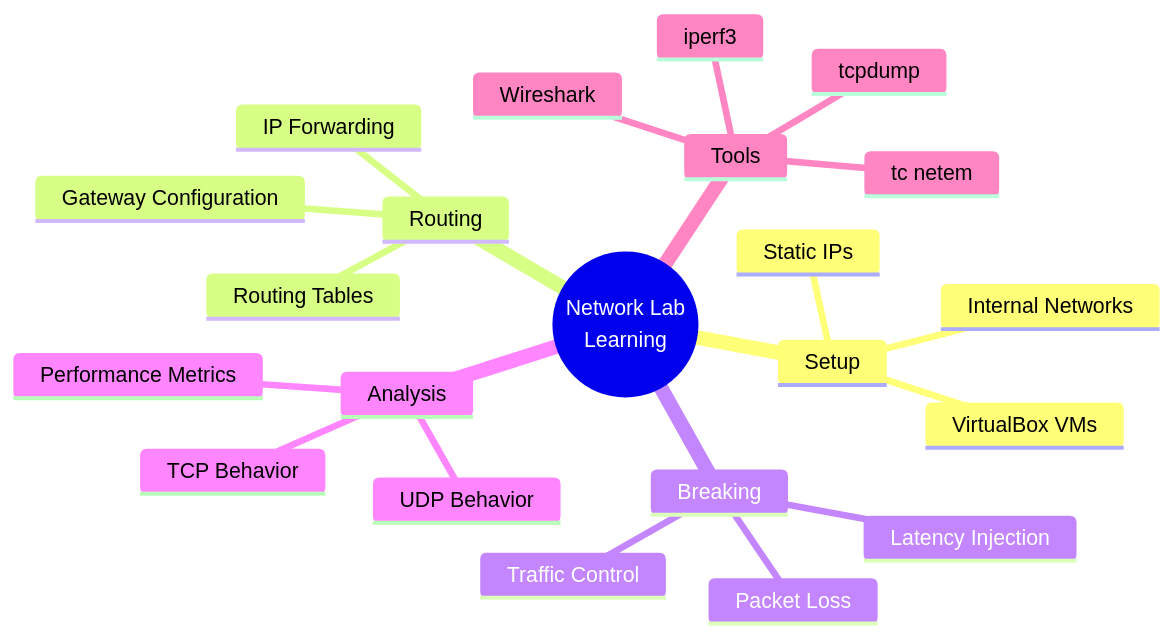
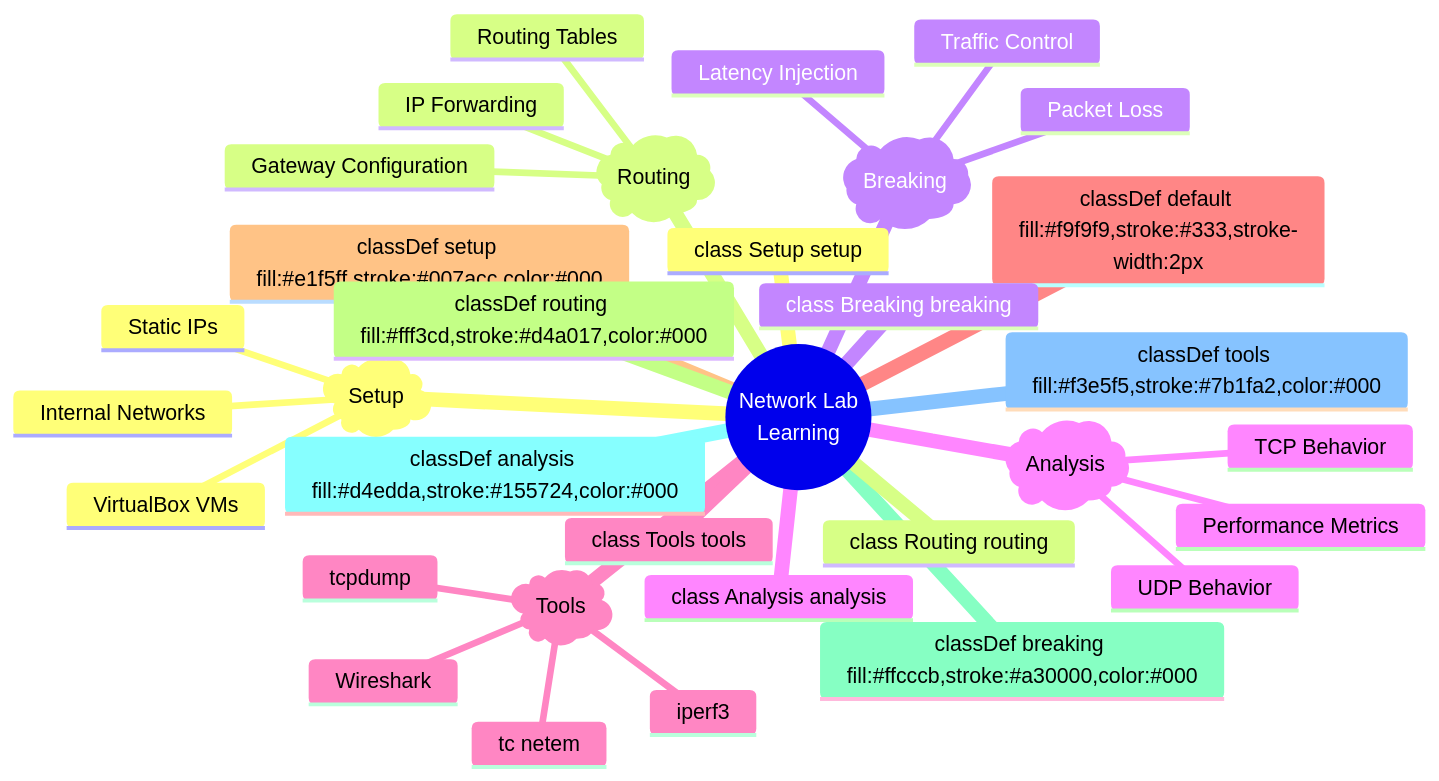
Diagram 11 of 11 in README.md (work8tech/networking-through-VMs), drawn with Mermaid before and after one commit.

````diff
--- a/README.md
+++ b/README.md
@@ -295,25 +295,45 @@
 ```mermaid
 mindmap
   root((Network Lab<br/>Learning))
-    Setup
+    Setup)Setup(
+      ::icon(fa fa-desktop)
       VirtualBox VMs
       Internal Networks
       Static IPs
-    Routing
+    Routing)Routing(
+      ::icon(fa fa-route)
       Routing Tables
       IP Forwarding
       Gateway Configuration
-    Breaking
+    Breaking)Breaking(
+      ::icon(fa fa-bomb)
       Latency Injection
       Packet Loss
       Traffic Control
-    Analysis
+    Analysis)Analysis(
+      ::icon(fa fa-chart-line)
       TCP Behavior
       UDP Behavior
       Performance Metrics
-    Tools
+    Tools)Tools(
+      ::icon(fa fa-wrench)
       iperf3
       tcpdump
       Wireshark
       tc netem
+
+    %% Color Definitions
+    classDef default fill:#f9f9f9,stroke:#333,stroke-width:2px;
+    classDef setup fill:#e1f5ff,stroke:#007acc,color:#000;
+    classDef routing fill:#fff3cd,stroke:#d4a017,color:#000;
+    classDef breaking fill:#ffcccb,stroke:#a30000,color:#000;
+    classDef analysis fill:#d4edda,stroke:#155724,color:#000;
+    classDef tools fill:#f3e5f5,stroke:#7b1fa2,color:#000;
+
+    %% Applying Classes
+    class Setup setup
+    class Routing routing
+    class Breaking breaking
+    class Analysis analysis
+    class Tools tools
 ```
````
